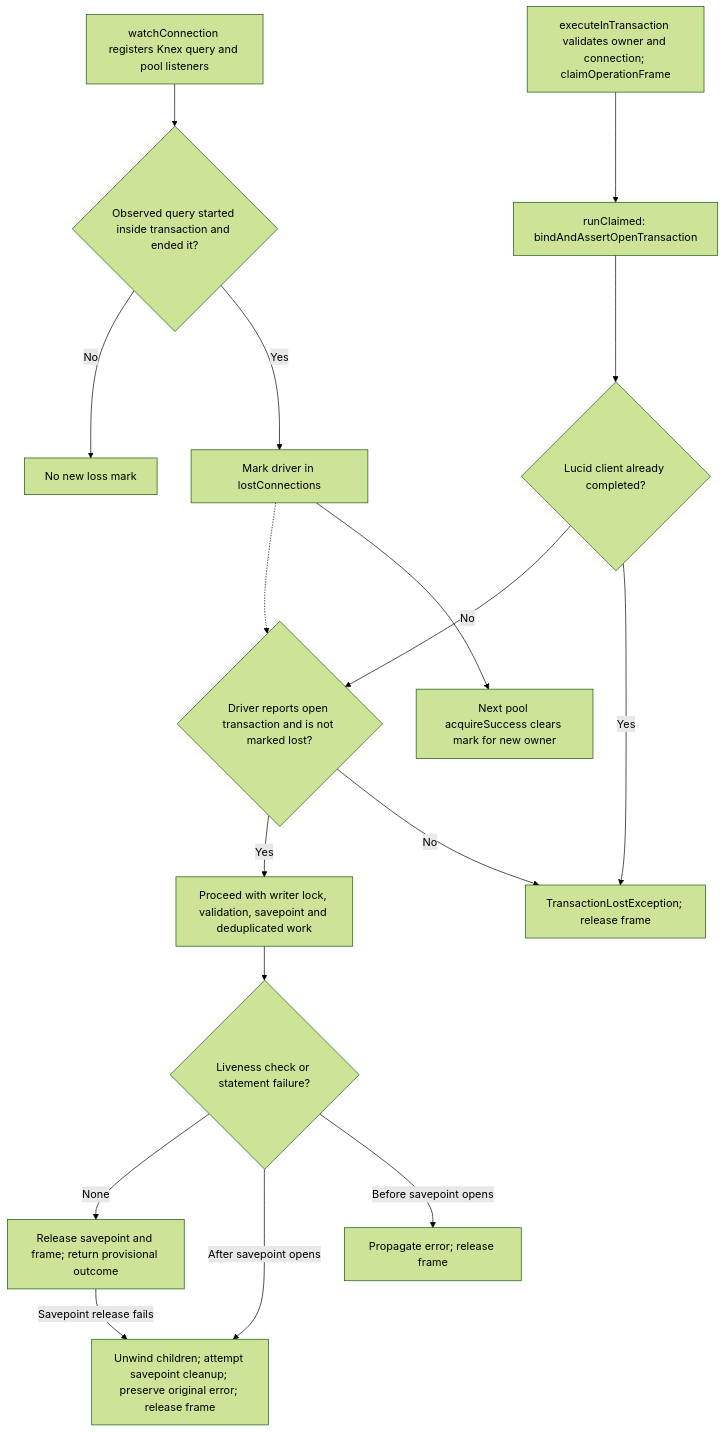
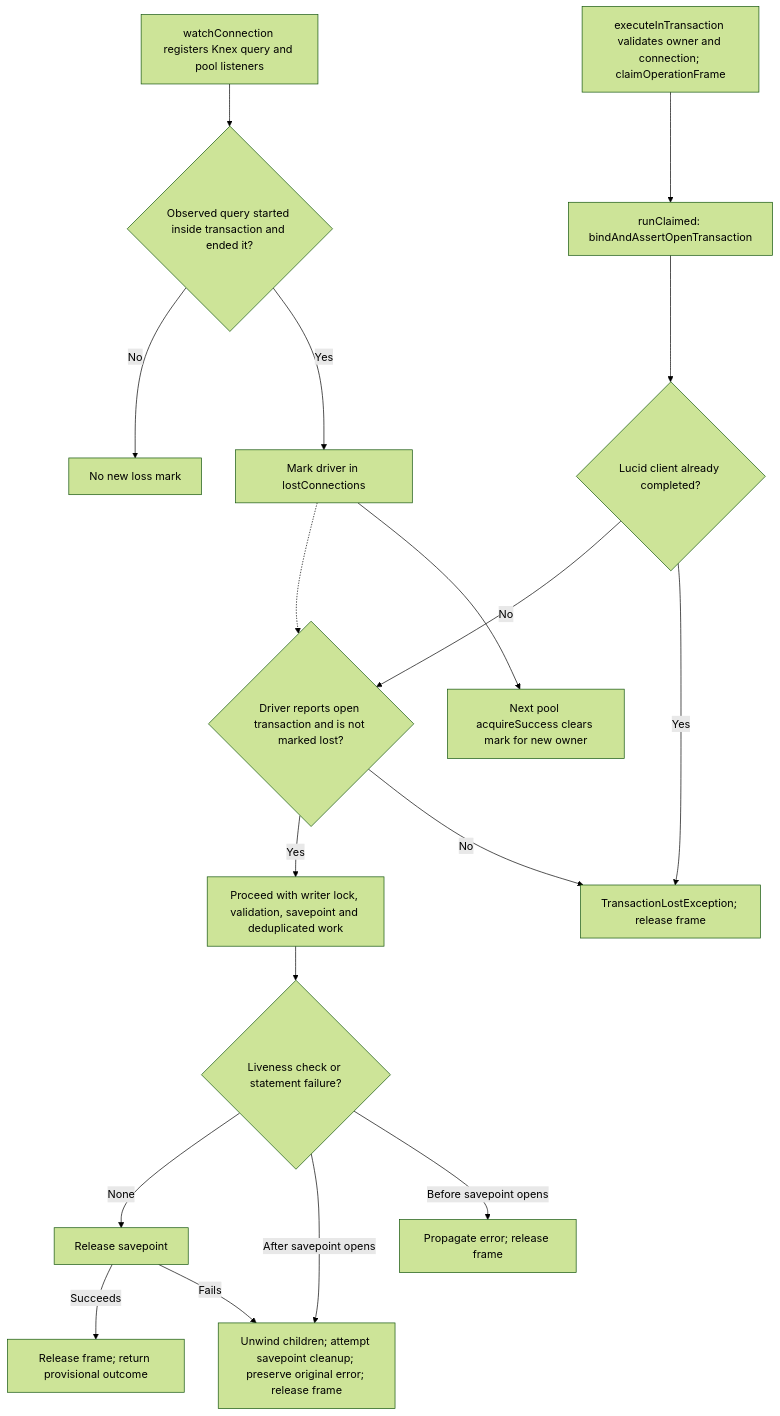
The second of 2 diagrams in user-stories/US-GUARD-06-recover-transaction.md (Kevinjohn/oss-adonisjs-duplicate-request-guard), drawn with Mermaid (forest theme) before and after one commit. The commit also changed 7 other files, not shown here.

````diff
--- a/user-stories/US-GUARD-06-recover-transaction.md
+++ b/user-stories/US-GUARD-06-recover-transaction.md
@@ -36,19 +36,20 @@
 ```mermaid
 flowchart TD
     W["watchConnection registers Knex query and pool listeners"] --> Q{"Observed query started inside transaction and ended it?"}
     Q -->|Yes| L["Mark driver in lostConnections"]
     Q -->|No| N["No new loss mark"]
     L --> R["Next pool acquireSuccess clears mark for new owner"]
     A["executeInTransaction validates owner and connection; claimOperationFrame"] --> C["runClaimed: bindAndAssertOpenTransaction"]
     C --> K{"Lucid client already completed?"}
     K -->|Yes| E["TransactionLostException; release frame"]
     K -->|No| D{"Driver reports open transaction and is not marked lost?"}
     L -.-> D
     D -->|No| E
     D -->|Yes| F["Proceed with writer lock, validation, savepoint and deduplicated work"]
     F --> G{"Liveness check or statement failure?"}
     G -->|Before savepoint opens| E2["Propagate error; release frame"]
     G -->|After savepoint opens| H["Unwind children; attempt savepoint cleanup; preserve original error; release frame"]
-    G -->|None| I["Release savepoint and frame; return provisional outcome"]
-    I -->|Savepoint release fails| H
+    G -->|None| I["Release savepoint"]
+    I -->|Fails| H
+    I -->|Succeeds| J["Release frame; return provisional outcome"]
 ```
````
